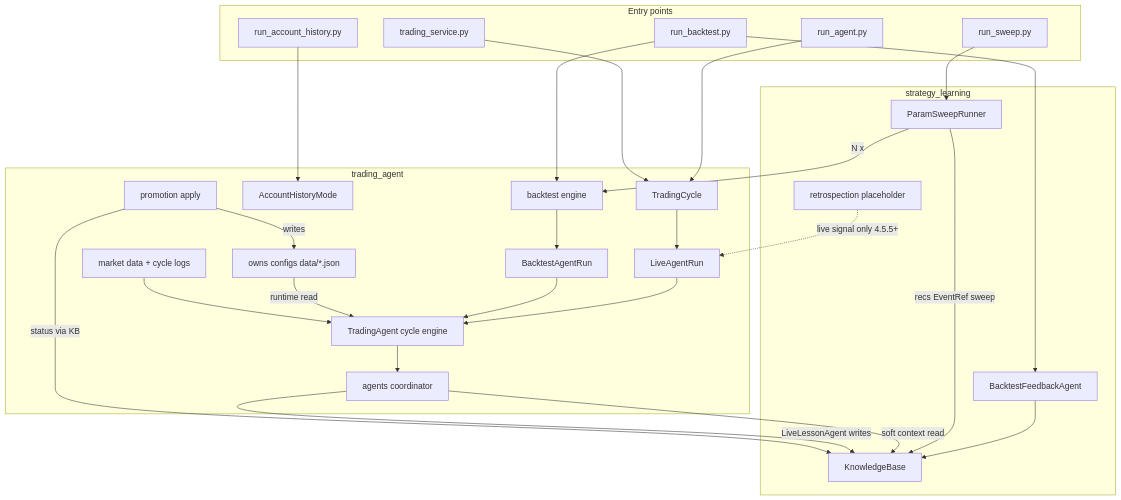
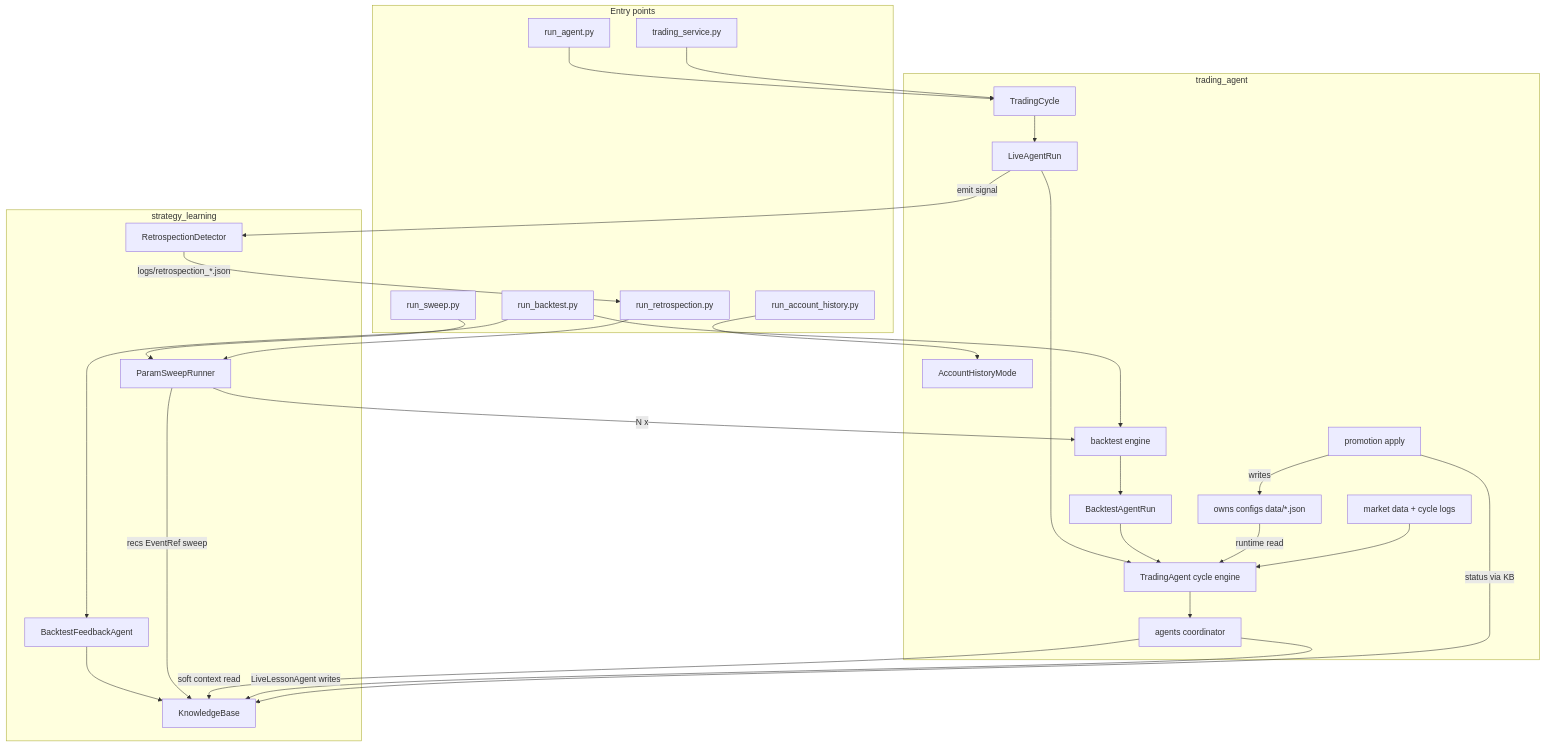
Before and after one commit to yetigong/trading-agent: the first of 2 diagrams in docs/PROJECT_PLAN.md, drawn with Mermaid. The commit also changed other lines of this file and 27 other files, not shown here.

First line of the commit message:
Add Phase 4.5.5 live retrospection with aligned underperf metrics.

````diff
--- a/docs/PROJECT_PLAN.md
+++ b/docs/PROJECT_PLAN.md
@@ -20,45 +20,48 @@
 ```mermaid
 flowchart TB
     subgraph entry [Entry points]
         RA[run_agent.py]
         RAH[run_account_history.py]
         RBT[run_backtest.py]
         RSW[run_sweep.py]
+        RRT[run_retrospection.py]
         TS[trading_service.py]
     end
 
     subgraph ta [trading_agent]
         TC[TradingCycle]
         Live[LiveAgentRun]
         BTRun[BacktestAgentRun]
         TA[TradingAgent cycle engine]
         AHM[AccountHistoryMode]
         AG[agents coordinator]
         BT[backtest engine]
         Cfg["owns configs data/*.json"]
         MD[market data + cycle logs]
         Promo[promotion apply]
     end
 
     subgraph sl [strategy_learning]
         SLK[KnowledgeBase]
         SLS[ParamSweepRunner]
-        SLR[retrospection placeholder]
+        SLR[RetrospectionDetector]
         FB[BacktestFeedbackAgent]
     end
 
     RA --> TC --> Live --> TA --> AG
     TS --> TC
     RAH --> AHM
     RBT --> BT --> BTRun --> TA
     RBT --> FB --> SLK
     RSW --> SLS -->|"N x"| BT
     SLS -->|"recs EventRef sweep"| SLK
     Cfg -->|"runtime read"| TA
     MD --> TA
     AG -->|"soft context read"| SLK
     AG -->|"LiveLessonAgent writes"| SLK
     Promo -->|"status via KB"| SLK
     Promo -->|"writes"| Cfg
-    SLR -.->|"live signal only 4.5.5+"| Live
+    Live -->|"emit signal"| SLR
+    SLR -->|"logs/retrospection_*.json"| RRT
+    RRT --> SLS
 ```
````
